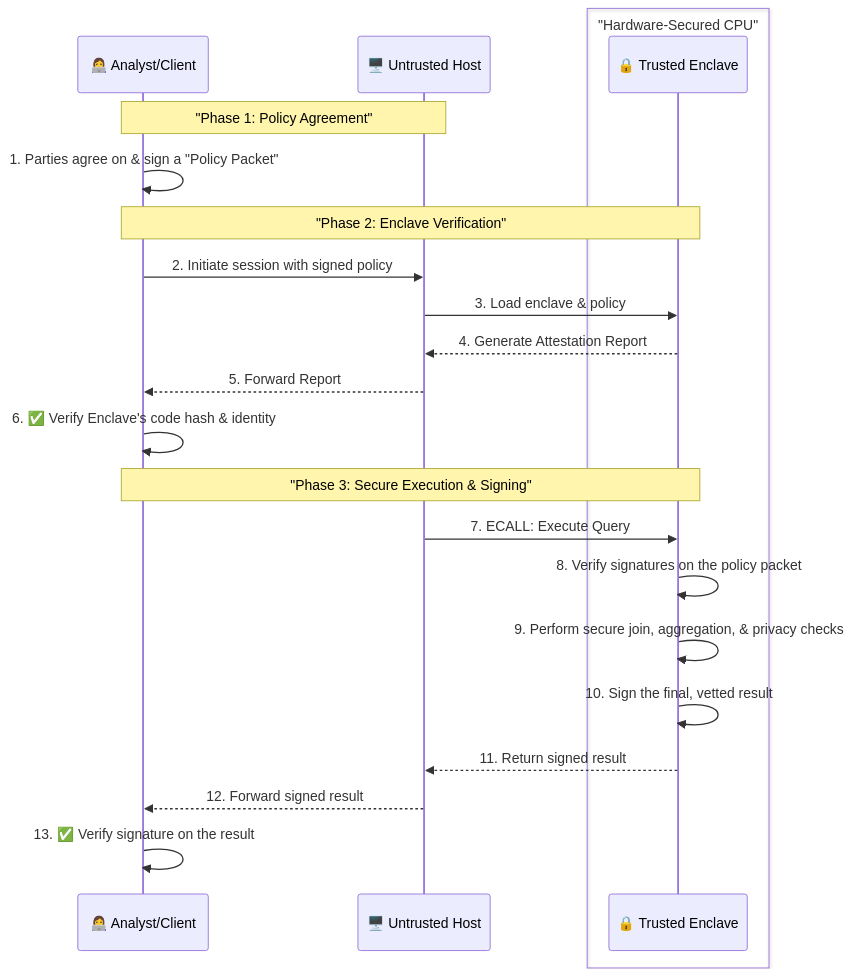
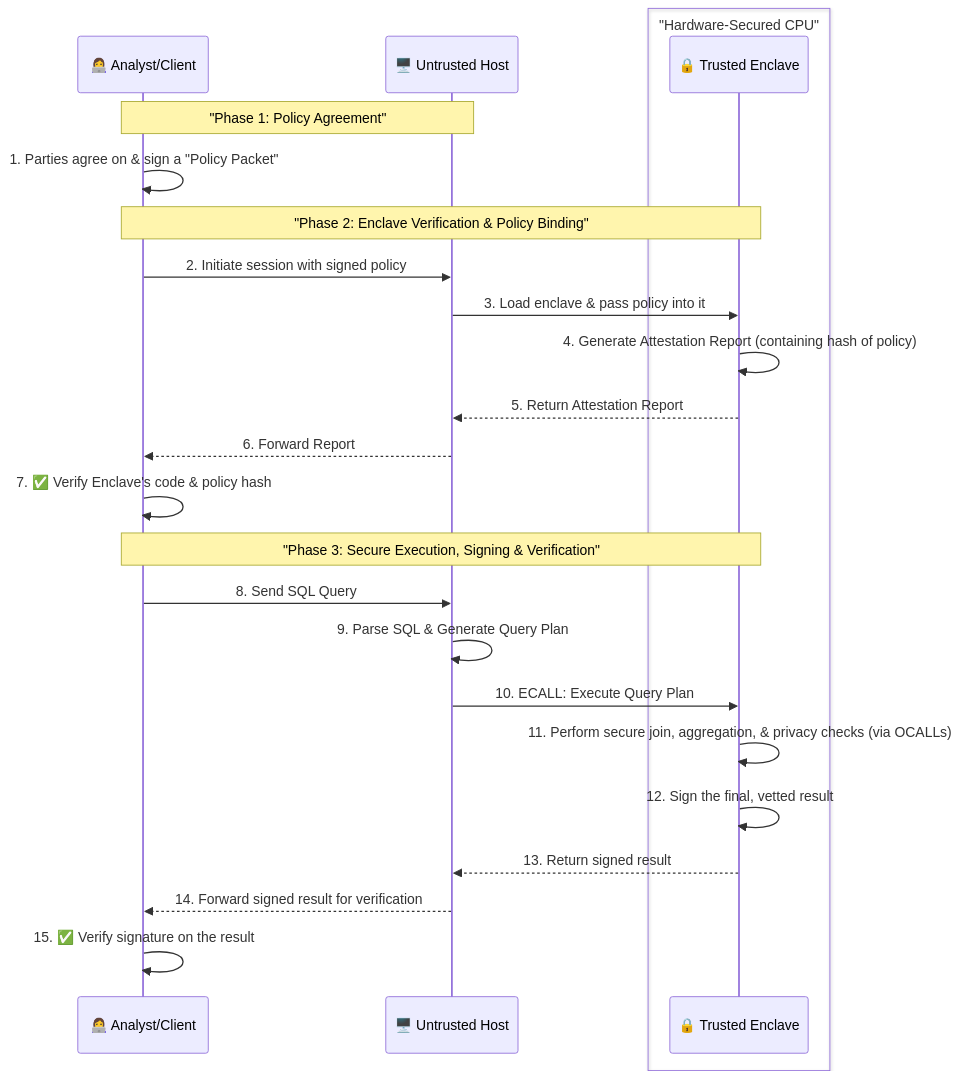
One commit to thunderbird2009/software_designs changed the third of 3 diagrams in others/cleanroom.md. Above: the diagram before and after it, drawn with Mermaid. The commit also changed other lines of this file, not shown here.

````diff
--- a/others/cleanroom.md
+++ b/others/cleanroom.md
@@ -314,27 +391,29 @@
 ```mermaid
 sequenceDiagram
     participant Client as 👩‍💻 Analyst/Client
     participant Host as 🖥️ Untrusted Host
     box "Hardware-Secured CPU"
         participant Enclave as 🔒 Trusted Enclave
     end
     
     Note over Client, Host: "Phase 1: Policy Agreement"
     Client->>Client: 1. Parties agree on & sign a "Policy Packet"
 
-    Note over Client, Enclave: "Phase 2: Enclave Verification"
+    Note over Client, Enclave: "Phase 2: Enclave Verification & Policy Binding"
     Client->>Host: 2. Initiate session with signed policy
-    Host->>Enclave: 3. Load enclave & policy
-    Enclave-->>Host: 4. Generate Attestation Report
-    Host-->>Client: 5. Forward Report
-    Client->>Client: 6. ✅ Verify Enclave's code hash & identity
+    Host->>Enclave: 3. Load enclave & pass policy into it
+    Enclave->>Enclave: 4. Generate Attestation Report (containing hash of policy)
+    Enclave-->>Host: 5. Return Attestation Report
+    Host-->>Client: 6. Forward Report
+    Client->>Client: 7. ✅ Verify Enclave's code & policy hash
 
-    Note over Client, Enclave: "Phase 3: Secure Execution & Signing"
-    Host->>Enclave: 7. ECALL: Execute Query
-    Enclave->>Enclave: 8. Verify signatures on the policy packet
-    Enclave->>Enclave: 9. Perform secure join, aggregation, & privacy checks
-    Enclave->>Enclave: 10. Sign the final, vetted result
-    Enclave-->>Host: 11. Return signed result
-    Host-->>Client: 12. Forward signed result
-    Client->>Client: 13. ✅ Verify signature on the result
+    Note over Client, Enclave: "Phase 3: Secure Execution, Signing & Verification"
+    Client->>Host: 8. Send SQL Query
+    Host->>Host: 9. Parse SQL & Generate Query Plan
+    Host->>Enclave: 10. ECALL: Execute Query Plan
+    Enclave->>Enclave: 11. Perform secure join, aggregation, & privacy checks (via OCALLs)
+    Enclave->>Enclave: 12. Sign the final, vetted result
+    Enclave-->>Host: 13. Return signed result
+    Host-->>Client: 14. Forward signed result for verification
+    Client->>Client: 15. ✅ Verify signature on the result
 ```
````
